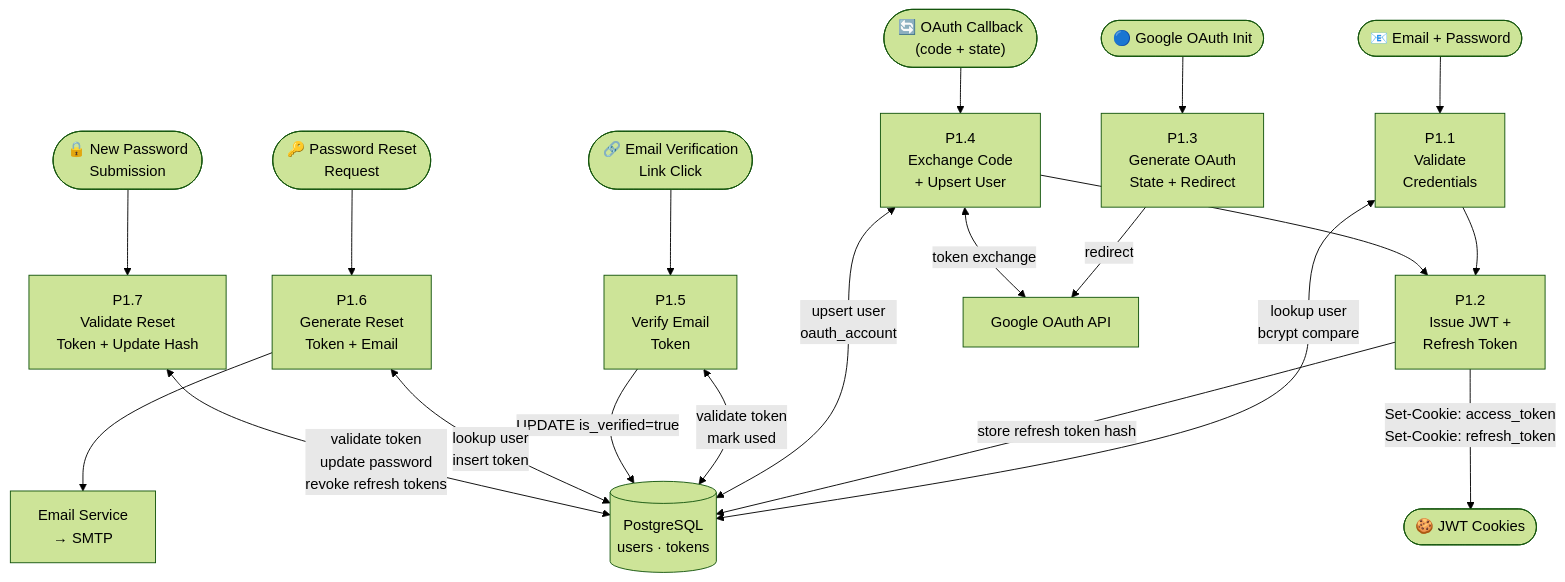
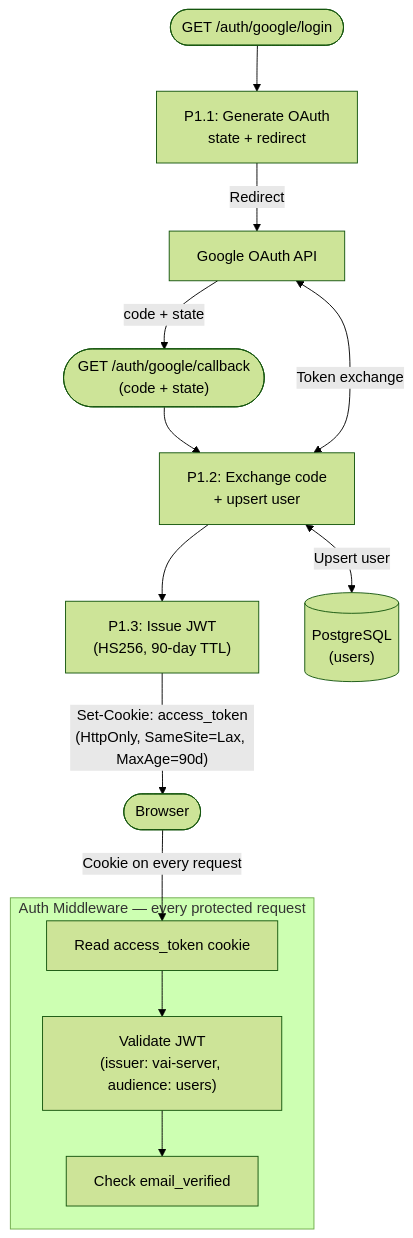
The fifth of 5 diagrams in docs/diagrams/DFD.md (ABDELRAHMAN-ELRAYES/Vai), drawn with Mermaid (forest theme) before and after one commit. The commit also changed other lines of this file and 14 other files, not shown here.

````diff
--- a/docs/diagrams/DFD.md
+++ b/docs/diagrams/DFD.md
@@ -304,45 +272,30 @@
 ```mermaid
 flowchart TD
-    Email_Login(["📧 Email + Password"])
-    OAuth_Start(["🔵 Google OAuth Init"])
-    OAuth_CB(["🔄 OAuth Callback\n(code + state)"])
-    Verify_Token(["🔗 Email Verification\nLink Click"])
-    Reset_Request(["🔑 Password Reset\nRequest"])
-    Reset_Submit(["🔒 New Password\nSubmission"])
+    OAuth_Start(["GET /auth/google/login"])
+    OAuth_CB(["GET /auth/google/callback\n(code + state)"])
 
-    P1_1["P1.1\nValidate\nCredentials"]
-    P1_2["P1.2\nIssue JWT +\nRefresh Token"]
-    P1_3["P1.3\nGenerate OAuth\nState + Redirect"]
-    P1_4["P1.4\nExchange Code\n+ Upsert User"]
-    P1_5["P1.5\nVerify Email\nToken"]
-    P1_6["P1.6\nGenerate Reset\nToken + Email"]
-    P1_7["P1.7\nValidate Reset\nToken + Update Hash"]
+    P1_3["P1.1: Generate OAuth\nstate + redirect"]
+    P1_4["P1.2: Exchange code\n+ upsert user"]
+    P1_5["P1.3: Issue JWT\n(HS256, 90-day TTL)"]
 
-    DB[("PostgreSQL\nusers · tokens")]
+    subgraph Middleware [Auth Middleware — every protected request]
+        CK["Read access_token cookie"]
+        VF["Validate JWT\n(issuer: vai-server, audience: users)"]
+        EV["Check email_verified"]
+    end
+
+    DB[("PostgreSQL\n(users)")]
     Google["Google OAuth API"]
-    ES["Email Service\n→ SMTP"]
-
-    Email_Login --> P1_1
-    P1_1 <-->|"lookup user\nbcrypt compare"| DB
-    P1_1 --> P1_2
-    P1_2 -->|"store refresh token hash"| DB
-    P1_2 -->|"Set-Cookie: access_token\nSet-Cookie: refresh_token"| Out1(["🍪 JWT Cookies"])
 
     OAuth_Start --> P1_3
-    P1_3 -->|"redirect"| Google
+    P1_3 -->|"Redirect"| Google
+    Google -->|"code + state"| OAuth_CB
     OAuth_CB --> P1_4
-    P1_4 <-->|"token exchange"| Google
-    P1_4 <-->|"upsert user\noauth_account"| DB
-    P1_4 --> P1_2
+    P1_4 <-->|"Token exchange"| Google
+    P1_4 <-->|"Upsert user"| DB
+    P1_4 --> P1_5
+    P1_5 -->|"Set-Cookie: access_token\n(HttpOnly, SameSite=Lax, MaxAge=90d)"| Browser(["Browser"])
 
-    Verify_Token --> P1_5
-    P1_5 <-->|"validate token\nmark used"| DB
-    P1_5 -->|"UPDATE is_verified=true"| DB
-
-    Reset_Request --> P1_6
-    P1_6 <-->|"lookup user\ninsert token"| DB
-    P1_6 --> ES
-
-    Reset_Submit --> P1_7
-    P1_7 <-->|"validate token\nupdate password\nrevoke refresh tokens"| DB
+    Browser -->|"Cookie on every request"| CK
+    CK --> VF --> EV
 ```
````
